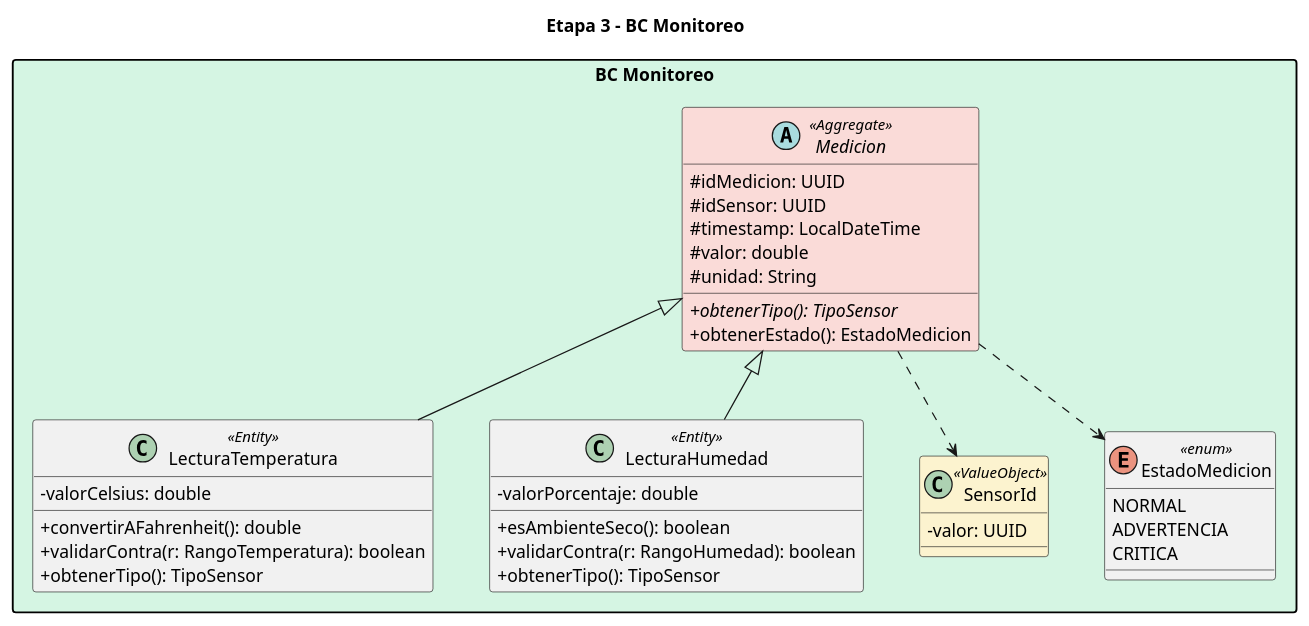
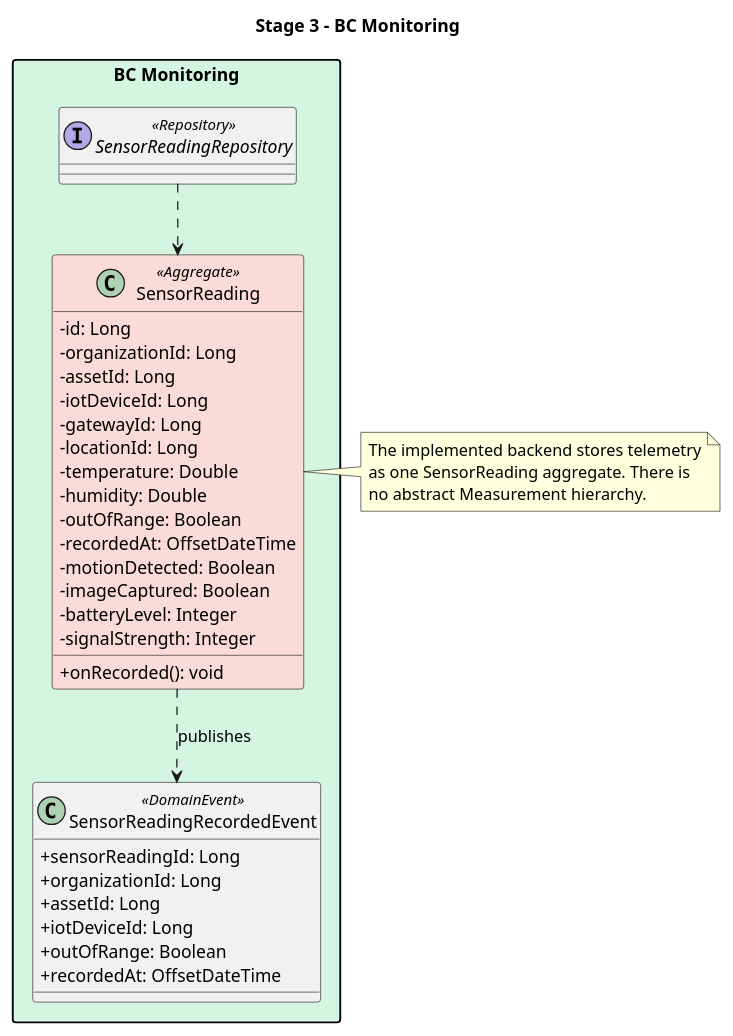
The diagram in report/assets/chapter-04/classdiagram/classdiagram-etapa3-bc-monitoreo.puml (ICEQ2026/informe-del-proyecto), drawn with PlantUML before and after one commit. The commit also changed 32 other files, not shown here.

Commit message:
docs(report): sync backend diagrams

```diff
--- a/report/assets/chapter-04/classdiagram/classdiagram-etapa3-bc-monitoreo.puml
+++ b/report/assets/chapter-04/classdiagram/classdiagram-etapa3-bc-monitoreo.puml
@@ -1,52 +1,52 @@
-@startuml ColdTrace-Stage3-BC-Monitoreo
+@startuml
 
-title Etapa 3 - BC Monitoreo
+title Stage 3 - BC Monitoring
 
 skinparam classAttributeIconSize 0
 skinparam nodesep 45
 skinparam ranksep 55
 skinparam packageStyle rectangle
+skinparam shadowing false
 
-package "BC Monitoreo" #D5F5E3 {
+package "BC Monitoring" #D5F5E3 {
 
-  abstract class Medicion <<Aggregate>> #FADBD8 {
-    # idMedicion: UUID
-    # idSensor: UUID
-    # timestamp: LocalDateTime
-    # valor: double
-    # unidad: String
-    + {abstract} obtenerTipo(): TipoSensor
-    + obtenerEstado(): EstadoMedicion
+  class SensorReading <<Aggregate>> #FADBD8 {
+    - id: Long
+    - organizationId: Long
+    - assetId: Long
+    - iotDeviceId: Long
+    - gatewayId: Long
+    - locationId: Long
+    - temperature: Double
+    - humidity: Double
+    - outOfRange: Boolean
+    - recordedAt: OffsetDateTime
+    - motionDetected: Boolean
+    - imageCaptured: Boolean
+    - batteryLevel: Integer
+    - signalStrength: Integer
+    + onRecorded(): void
   }
 
-  class LecturaTemperatura <<Entity>> {
-    - valorCelsius: double
-    + convertirAFahrenheit(): double
-    + validarContra(r: RangoTemperatura): boolean
-    + obtenerTipo(): TipoSensor
+  class SensorReadingRecordedEvent <<DomainEvent>> {
+    + sensorReadingId: Long
+    + organizationId: Long
+    + assetId: Long
+    + iotDeviceId: Long
+    + outOfRange: Boolean
+    + recordedAt: OffsetDateTime
   }
 
-  class LecturaHumedad <<Entity>> {
-    - valorPorcentaje: double
-    + esAmbienteSeco(): boolean
-    + validarContra(r: RangoHumedad): boolean
-    + obtenerTipo(): TipoSensor
-  }
+  interface SensorReadingRepository <<Repository>>
 
-  class SensorId <<ValueObject>> #FCF3CF {
-    - valor: UUID
-  }
-
-  enum EstadoMedicion <<enum>> {
-    NORMAL
-    ADVERTENCIA
-    CRITICA
-  }
-
-  Medicion <|-- LecturaTemperatura
-  Medicion <|-- LecturaHumedad
-  Medicion ..> SensorId
-  Medicion ..> EstadoMedicion
+  SensorReadingRepository ..> SensorReading
+  SensorReading ..> SensorReadingRecordedEvent : publishes
 }
 
+note right of SensorReading
+  The implemented backend stores telemetry
+  as one SensorReading aggregate. There is
+  no abstract Measurement hierarchy.
+end note
+
 @enduml
```
